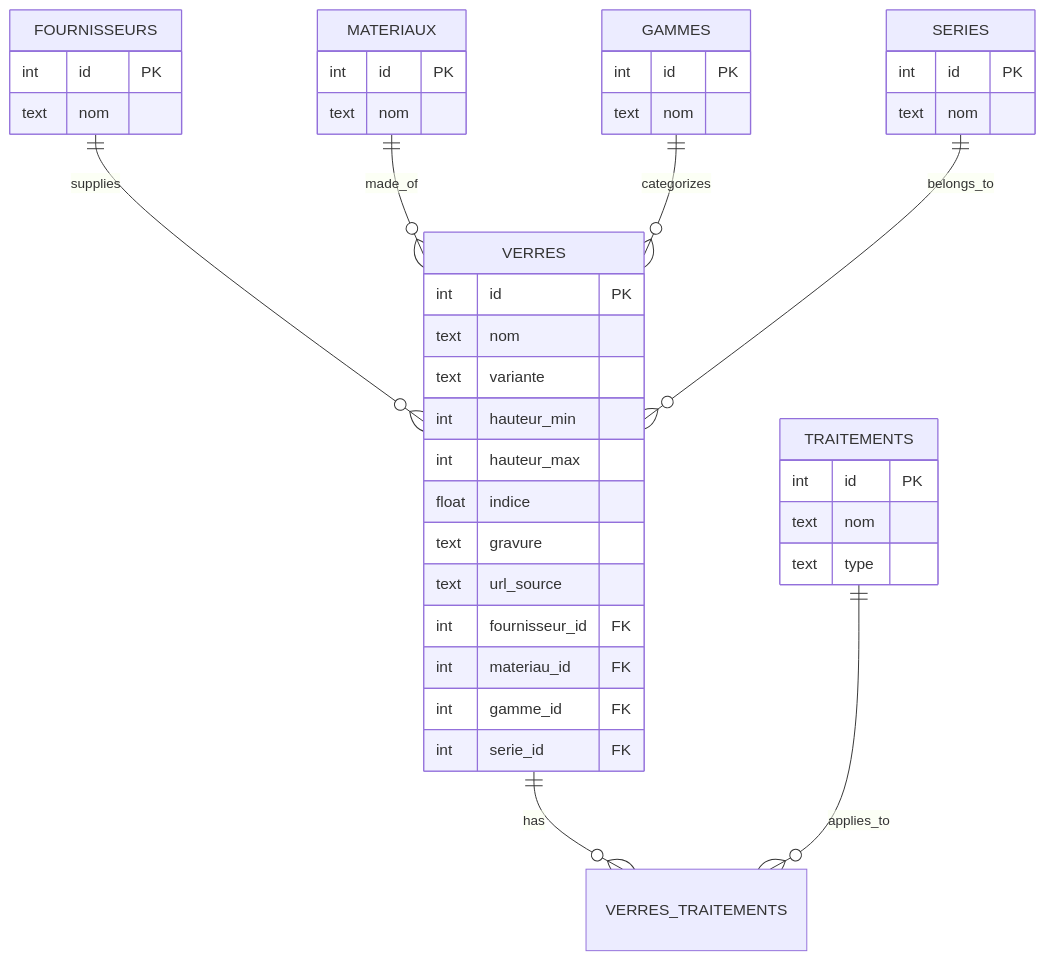
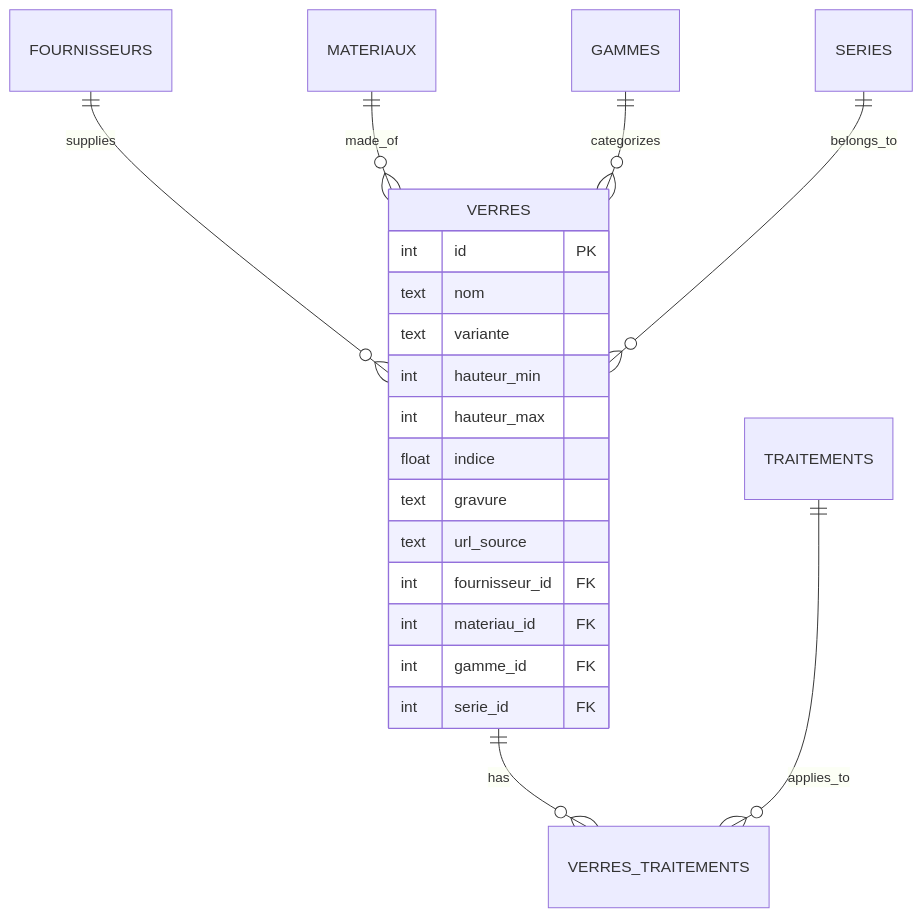
The third of 3 diagrams in README.md (AntoineMLD/certification_DevIA), drawn with Mermaid before and after one commit. The commit also changed other lines of this file, not shown here.

````diff
--- a/README.md
+++ b/README.md
@@ -65,44 +86,23 @@
 ```mermaid
 erDiagram
     VERRES ||--o{ VERRES_TRAITEMENTS : has
     VERRES {
         int id PK
         text nom
         text variante
         int hauteur_min
         int hauteur_max
         float indice
         text gravure
         text url_source
         int fournisseur_id FK
         int materiau_id FK
         int gamme_id FK
         int serie_id FK
     }
     TRAITEMENTS ||--o{ VERRES_TRAITEMENTS : applies_to
-    TRAITEMENTS {
-        int id PK
-        text nom
-        text type
-    }
     FOURNISSEURS ||--o{ VERRES : supplies
-    FOURNISSEURS {
-        int id PK
-        text nom
-    }
     MATERIAUX ||--o{ VERRES : made_of
-    MATERIAUX {
-        int id PK
-        text nom
-    }
     GAMMES ||--o{ VERRES : categorizes
-    GAMMES {
-        int id PK
-        text nom
-    }
     SERIES ||--o{ VERRES : belongs_to
-    SERIES {
-        int id PK
-        text nom
-    }
 ```
````
